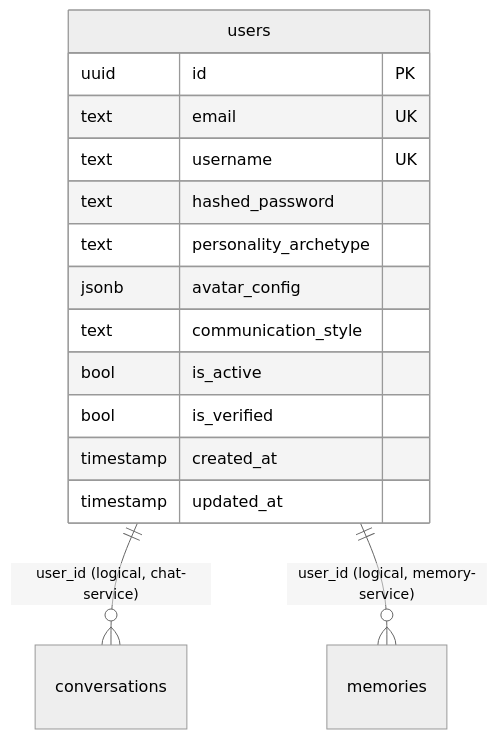
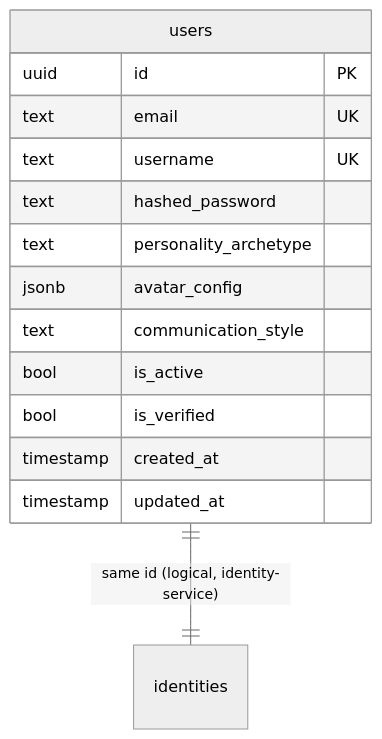
The second of 4 diagrams in services/auth-service/README.md (master-node1/the-aura-lab), drawn with Mermaid (neutral theme) before and after one commit. The commit also changed other lines of this file and 118 other files, not shown here.

````diff
--- a/services/auth-service/README.md
+++ b/services/auth-service/README.md
@@ -195,18 +195,17 @@
 ```mermaid
 erDiagram
     users {
         uuid id PK
         text email UK
         text username UK
         text hashed_password
         text personality_archetype
         jsonb avatar_config
         text communication_style
         bool is_active
         bool is_verified
         timestamp created_at
         timestamp updated_at
     }
-    users ||--o{ conversations : "user_id (logical, chat-service)"
-    users ||--o{ memories : "user_id (logical, memory-service)"
+    users ||--|| identities : "same id (logical, identity-service)"
 ```
````
